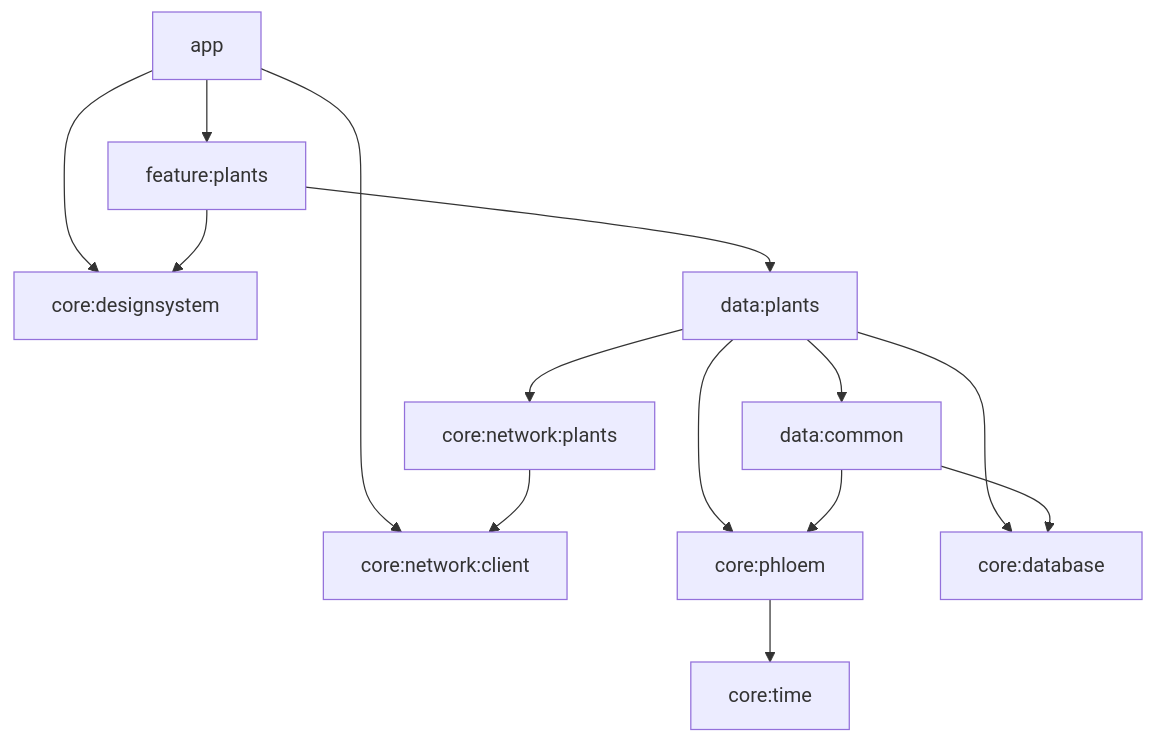
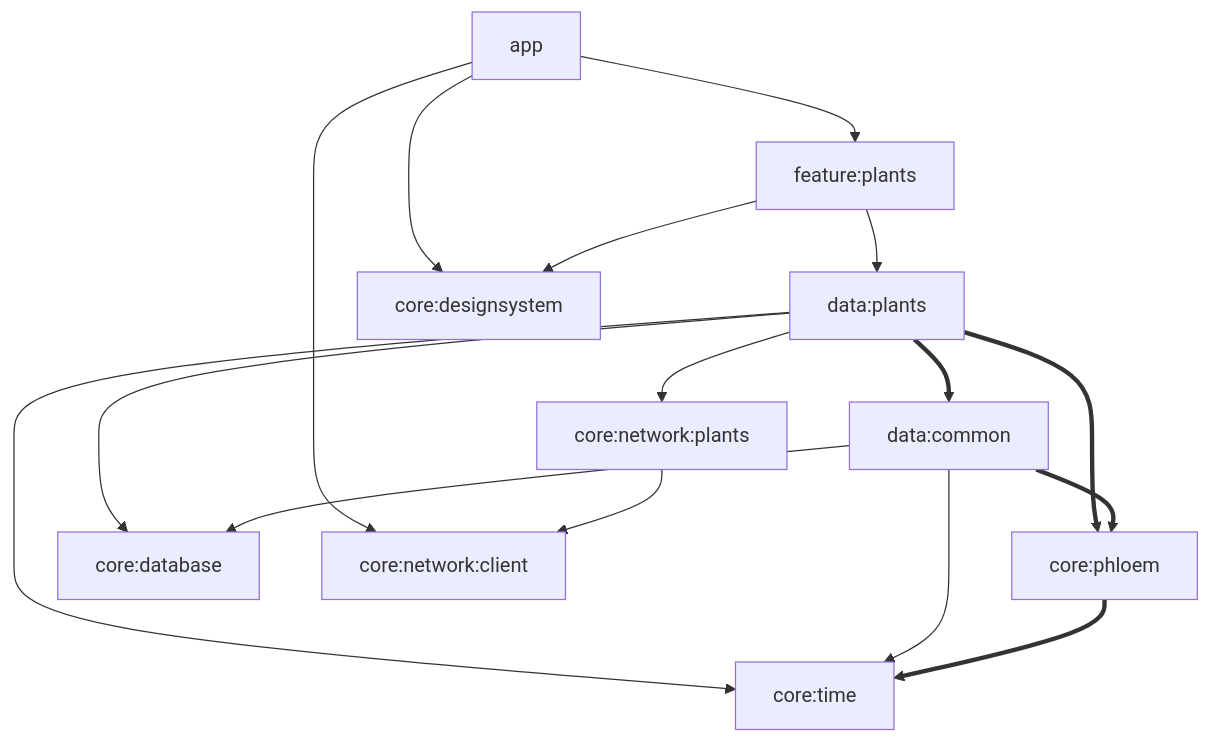
One commit to ilyneh/leaflet changed the diagram in README.md. Above: the diagram before and after it, drawn with Mermaid. The commit also changed other lines of this file and 34 other files, not shown here.

````diff
--- a/README.md
+++ b/README.md
@@ -60,20 +60,33 @@
 ```mermaid
 graph TD
-    app --> feature:plants
-    app --> core:designsystem
-    app --> core:network:client
+    app[app]
+    featurePlants[feature:plants]
+    dataPlants[data:plants]
+    dataCommon[data:common]
+    phloem[core:phloem]
+    time[core:time]
+    database[core:database]
+    networkPlants[core:network:plants]
+    networkClient[core:network:client]
+    designsystem[core:designsystem]
 
-    feature:plants --> data:plants
-    feature:plants --> core:designsystem
+    app --> featurePlants
+    app --> designsystem
+    app --> networkClient
 
-    data:plants --> data:common
-    data:plants --> core:phloem
-    data:plants --> core:network:plants
-    data:plants --> core:database
+    featurePlants --> dataPlants
+    featurePlants --> designsystem
 
-    data:common --> core:database
-    data:common --> core:phloem
+    dataPlants ==> dataCommon
+    dataPlants ==> phloem
+    dataPlants --> networkPlants
+    dataPlants --> database
+    dataPlants --> time
 
-    core:network:plants --> core:network:client
-    core:phloem --> core:time
+    dataCommon ==> phloem
+    dataCommon --> database
+    dataCommon --> time
+
+    networkPlants --> networkClient
+    phloem ==> time
 ```
````
